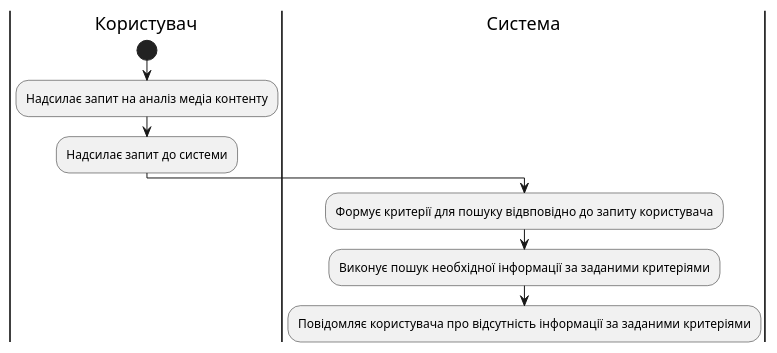
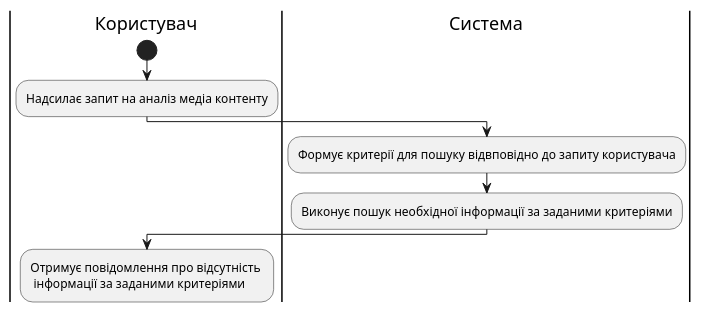
Before and after one commit to ukioxz/media-content-analyzing-system: the ninth of 16 diagrams in docs/use cases/README.md, drawn with PlantUML. The commit also changed other lines of this file and 2 other files, not shown here.

```diff
--- a/docs/use cases/README.md
+++ b/docs/use cases/README.md
@@ -293,20 +258,19 @@
 @startuml
 
 |Користувач|
 
 start
 
 :Надсилає запит на аналіз медіа контенту;
 
-:Надсилає запит до системи;
-
 |#AntiqueWhite|Система
 
 :Формує критерії для пошуку відвповідно до запиту користувача;
 
 :Виконує пошук необхідної інформації за заданими критеріями;
 
-:Повідомляє користувача про відсутність інформації за заданими критеріями;
+|Користувач|
 
+:Отримує повідомлення про відсутність \n інформації за заданими критеріями;
 
 @enduml
```
